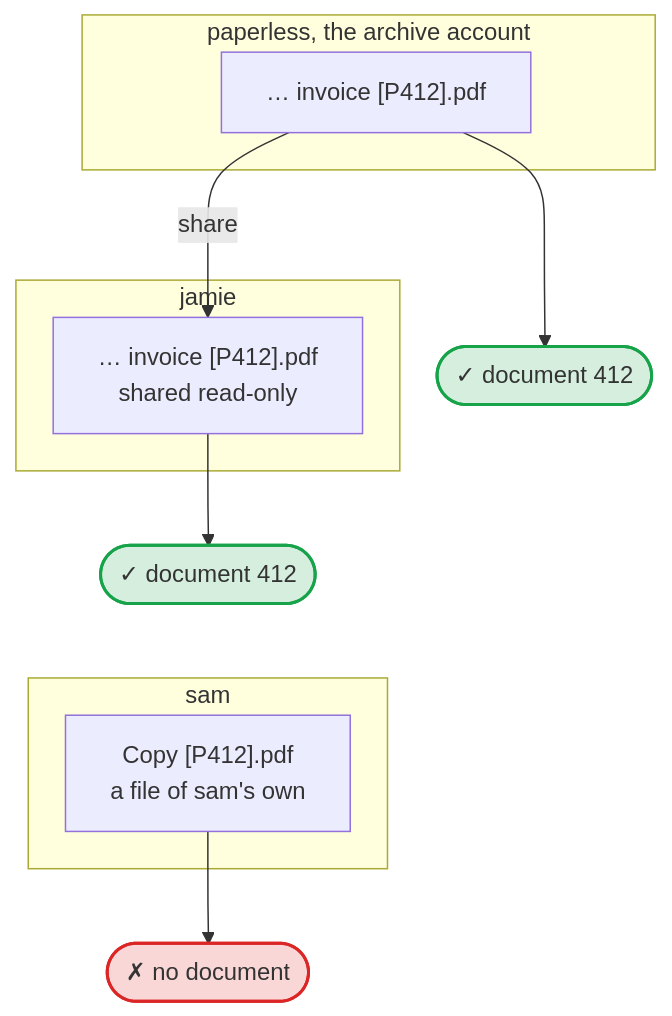
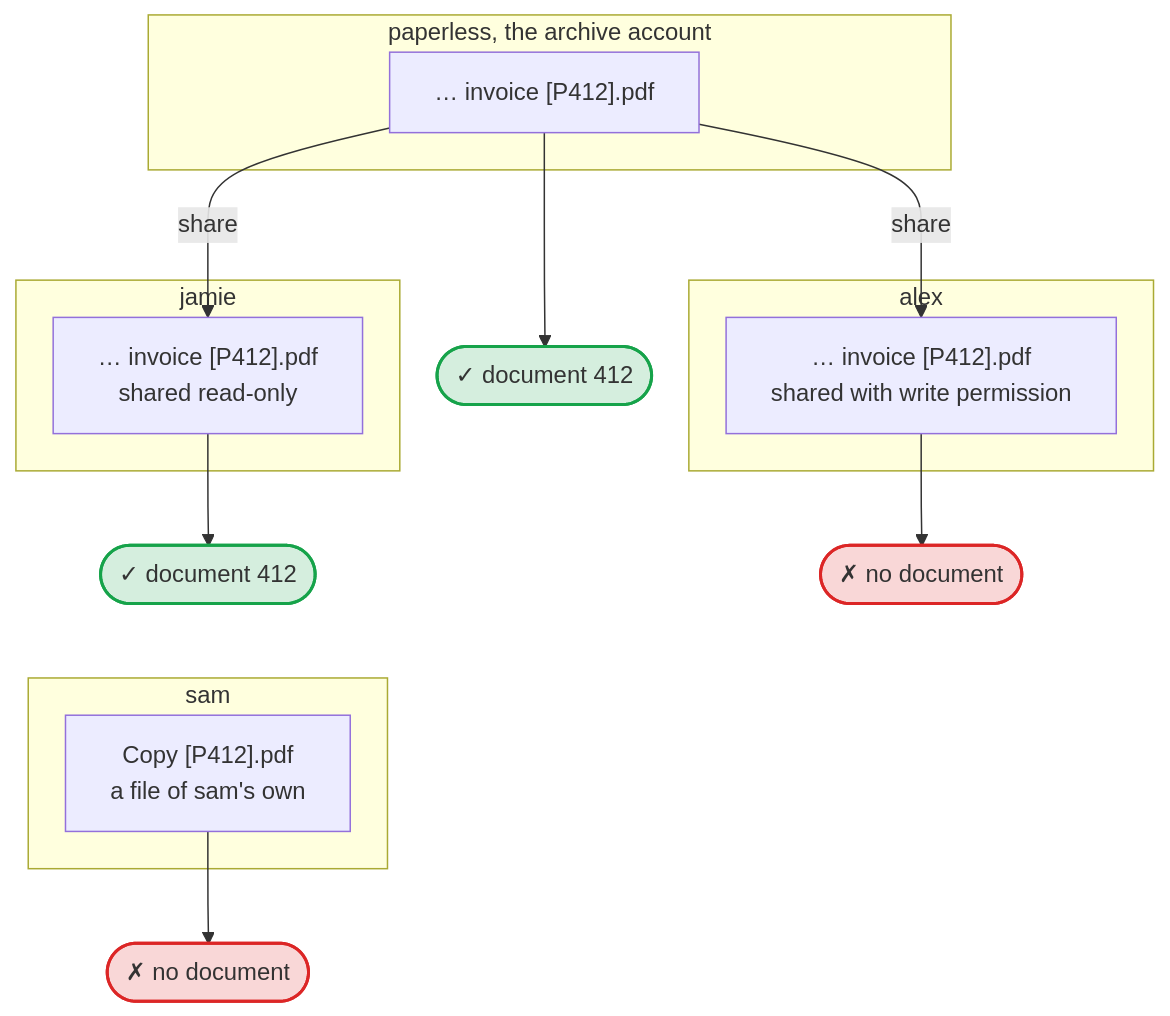
One commit to Dennis-Otto/paperless-unified-search changed the diagram in docs/diagrams/who-sees-document-412.mmd. Above: the diagram before and after it, drawn with Mermaid. The commit also changed 60 other files, not shown here.

First line of the commit message:
fix(search): count only read-only shared files of the archive, and show administrators who the archive is shared with (#224)

```diff
--- a/docs/diagrams/who-sees-document-412.mmd
+++ b/docs/diagrams/who-sees-document-412.mmd
@@ -1,33 +1,39 @@
 ---
 config:
   flowchart:
     wrappingWidth: 400
     nodeSpacing: 30
 ---
 flowchart TB
     accTitle: Who sees document 412
-    accDescr: The archive account paperless owns the file invoice [P412].pdf and sees document 412. It shares the file read-only with jamie, who sees document 412 as well. sam has a file of sam's own named Copy [P412].pdf; it isn't a file of the archive account, so sam sees no document.
+    accDescr: The archive account paperless owns the file invoice [P412].pdf and sees document 412. It shares the file read-only with jamie, who sees document 412 as well. It shares the file with alex with write permission, so alex could have named it so and sees no document. sam has a file of sam's own named Copy [P412].pdf; it isn't a file of the archive account, so sam sees no document.
 
     subgraph owner ["paperless, the archive account"]
         own["… invoice [P412].pdf"]
     end
     subgraph reader ["jamie"]
         shared["… invoice [P412].pdf<br>shared read-only"]
     end
+    subgraph writer ["alex"]
+        writable["… invoice [P412].pdf<br>shared with write permission"]
+    end
     subgraph other ["sam"]
         copy["Copy [P412].pdf<br>a file of sam's own"]
     end
     seen1(["✓ document 412"])
     seen2(["✓ document 412"])
     unseen(["✗ no document"])
+    unwritten(["✗ no document"])
 
     own -- "share" --> shared
+    own -- "share" --> writable
+    writable --> unwritten
     own --> seen1
     shared --> seen2
     seen2 ~~~ copy
     copy --> unseen
 
     classDef yes fill:#16a34a2e,stroke:#16a34a,stroke-width:2px
     classDef no fill:#dc26262e,stroke:#dc2626,stroke-width:2px
     class seen1,seen2 yes
-    class unseen no
+    class unseen,unwritten no
```
